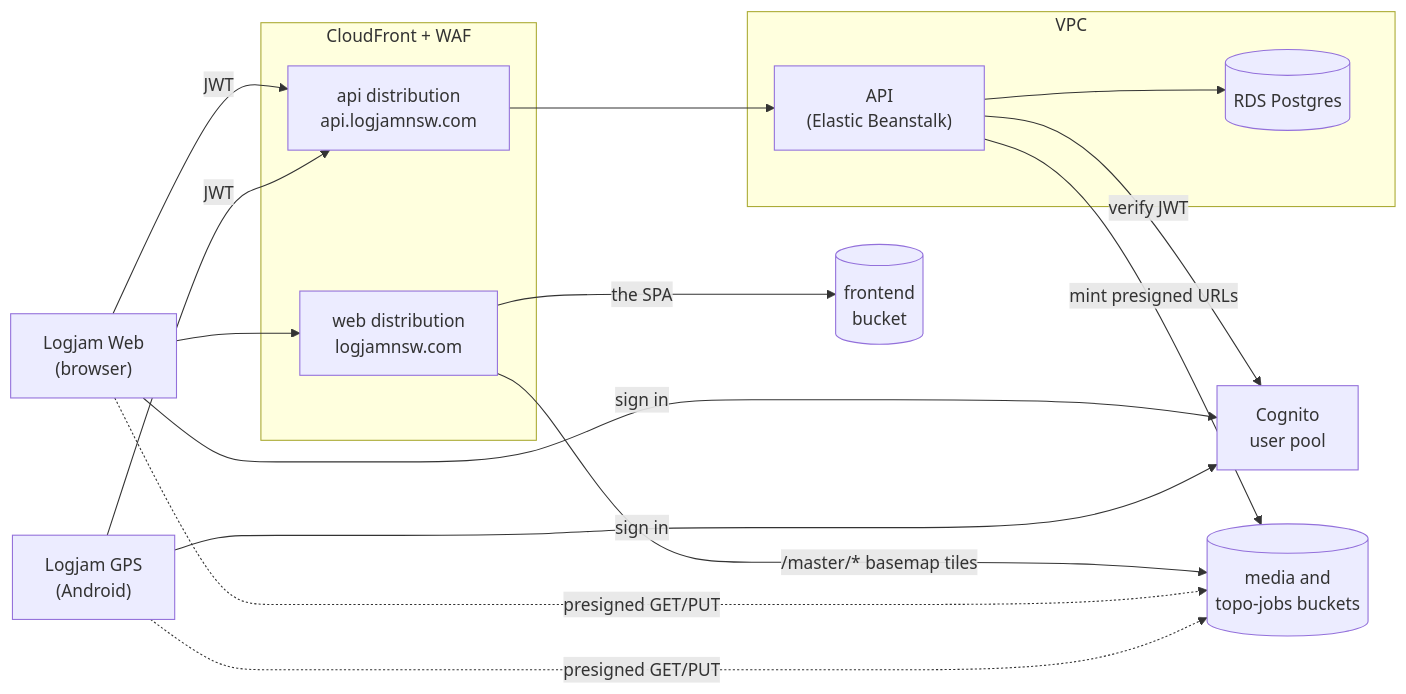
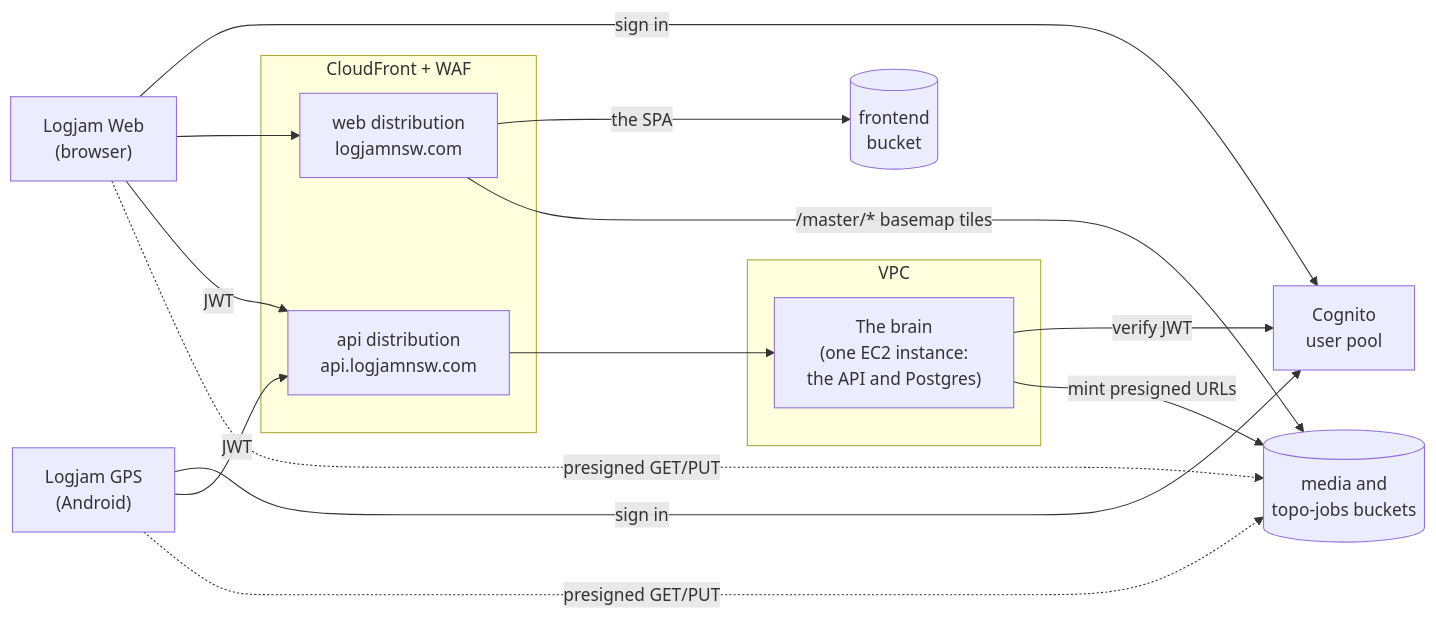
One commit to Zen-TM/logjam changed the first of 5 diagrams in docs/architecture.md. Above: the diagram before and after it, drawn with Mermaid. The commit also changed other lines of this file and 3 other files, not shown here.

````diff
--- a/docs/architecture.md
+++ b/docs/architecture.md
@@ -22,33 +22,31 @@
 ```mermaid
 flowchart LR
   web["Logjam Web<br/>(browser)"]
   gps["Logjam GPS<br/>(Android)"]
   cognito["Cognito<br/>user pool"]
 
   subgraph edge["CloudFront + WAF"]
     cfweb["web distribution<br/>logjamnsw.com"]
     cfapi["api distribution<br/>api.logjamnsw.com"]
   end
 
   subgraph vpc[VPC]
-    eb["API<br/>(Elastic Beanstalk)"]
-    rds[("RDS Postgres")]
+    brain["The brain<br/>(one EC2 instance:<br/>the API and Postgres)"]
   end
 
   frontend[("frontend<br/>bucket")]
   data[("media and<br/>topo-jobs buckets")]
 
   web -- "sign in" --> cognito
   gps -- "sign in" --> cognito
   web --> cfweb
   cfweb -- "the SPA" --> frontend
   cfweb -- "/master/* basemap tiles" --> data
   web -- "JWT" --> cfapi
   gps -- "JWT" --> cfapi
-  cfapi --> eb
-  eb -- "verify JWT" --> cognito
-  eb --> rds
-  eb -- "mint presigned URLs" --> data
+  cfapi --> brain
+  brain -- "verify JWT" --> cognito
+  brain -- "mint presigned URLs" --> data
   web -. "presigned GET/PUT" .-> data
   gps -. "presigned GET/PUT" .-> data
 ```
````
